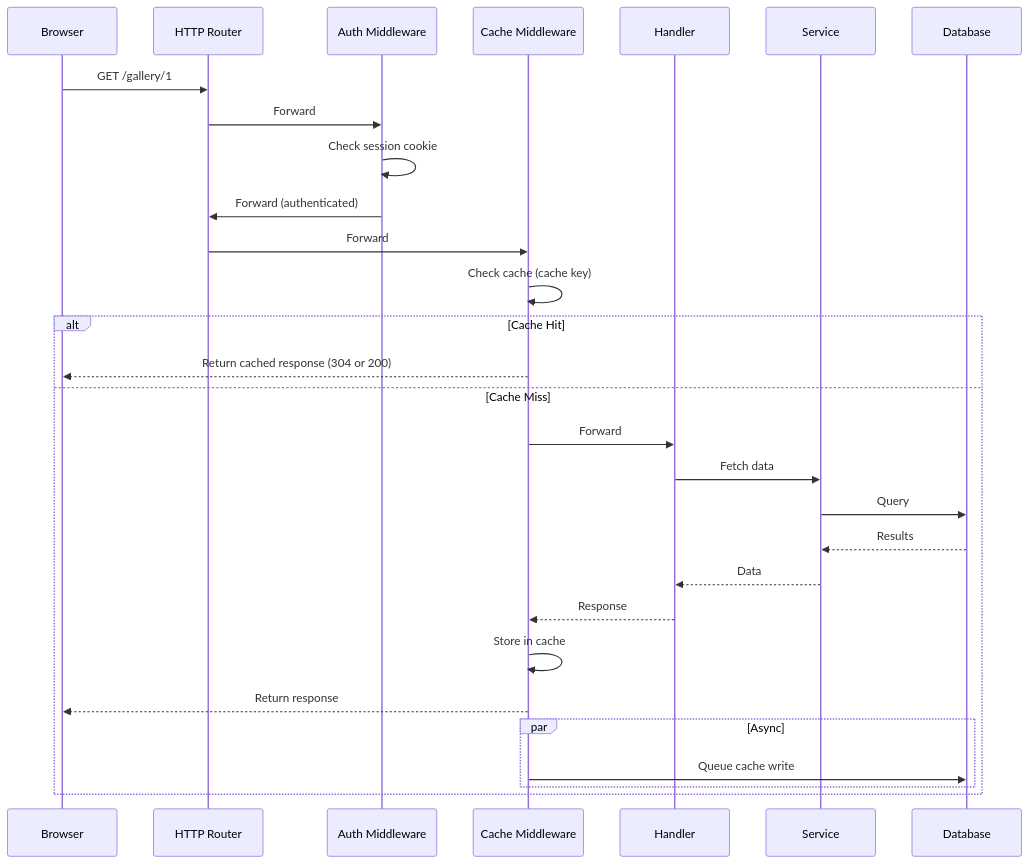
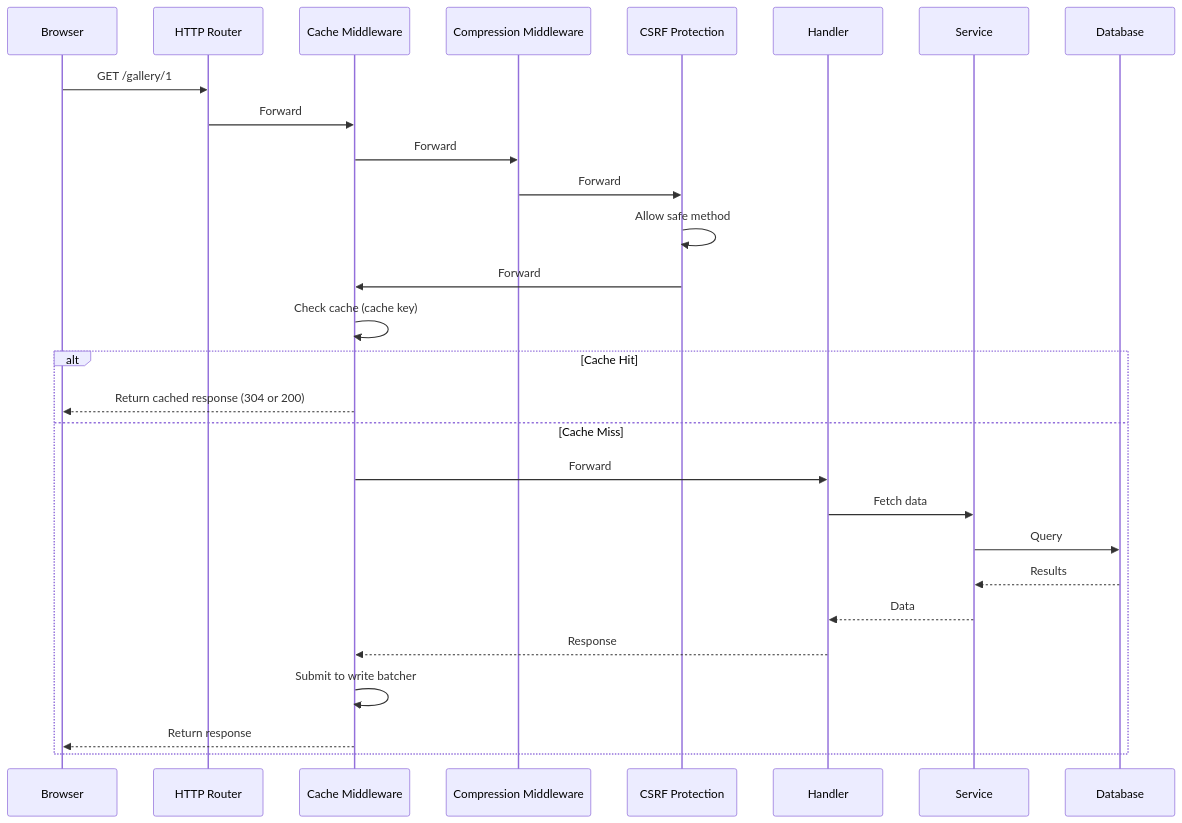
Before and after one commit to lbe/sfpg-go: the second of 9 diagrams in docs/diagrams/ARCHITECTURE_DIAGRAMS.md, drawn with Mermaid. The commit also changed other lines of this file and 180 other files, not shown here.

````diff
--- a/docs/diagrams/ARCHITECTURE_DIAGRAMS.md
+++ b/docs/diagrams/ARCHITECTURE_DIAGRAMS.md
@@ -94,35 +98,33 @@
 ```mermaid
 sequenceDiagram
     participant Client as Browser
     participant Router as HTTP Router
-    participant AuthMW as Auth Middleware
     participant CacheMW as Cache Middleware
+    participant CompressMW as Compression Middleware
+    participant CSRFMW as CSRF Protection
     participant Handler as Handler
     participant Service as Service
     participant DB as Database
 
     Client->>Router: GET /gallery/1
-    Router->>AuthMW: Forward
-    AuthMW->>AuthMW: Check session cookie
-    AuthMW->>Router: Forward (authenticated)
+    Router->>CacheMW: Forward
+    CacheMW->>CompressMW: Forward
+    CompressMW->>CSRFMW: Forward
+    CSRFMW->>CSRFMW: Allow safe method
 
-    Router->>CacheMW: Forward
+    CSRFMW->>CacheMW: Forward
     CacheMW->>CacheMW: Check cache (cache key)
     alt Cache Hit
         CacheMW-->>Client: Return cached response (304 or 200)
     else Cache Miss
         CacheMW->>Handler: Forward
         Handler->>Service: Fetch data
         Service->>DB: Query
         DB-->>Service: Results
         Service-->>Handler: Data
 
         Handler-->>CacheMW: Response
-        CacheMW->>CacheMW: Store in cache
+        CacheMW->>CacheMW: Submit to write batcher
         CacheMW-->>Client: Return response
-
-        par Async
-            CacheMW->>DB: Queue cache write
-        end
     end
 ```
````
